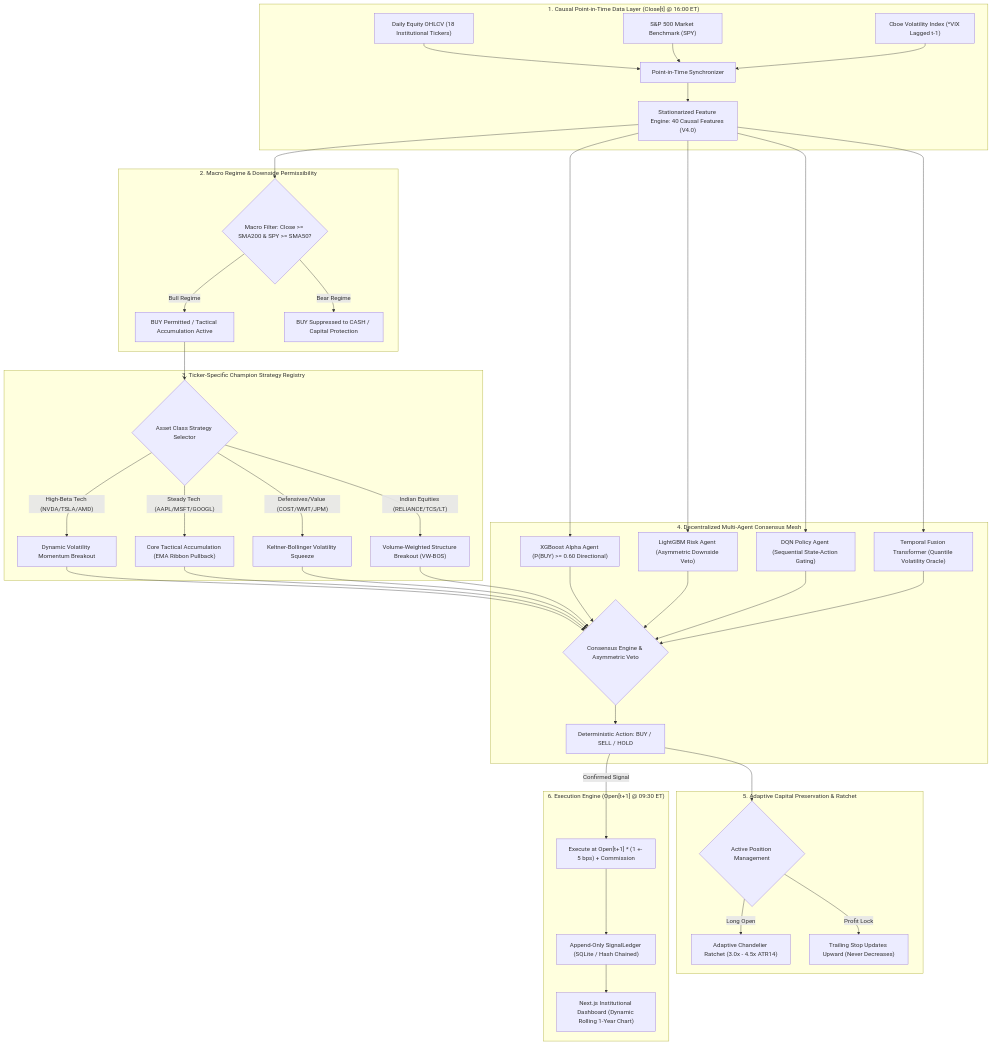
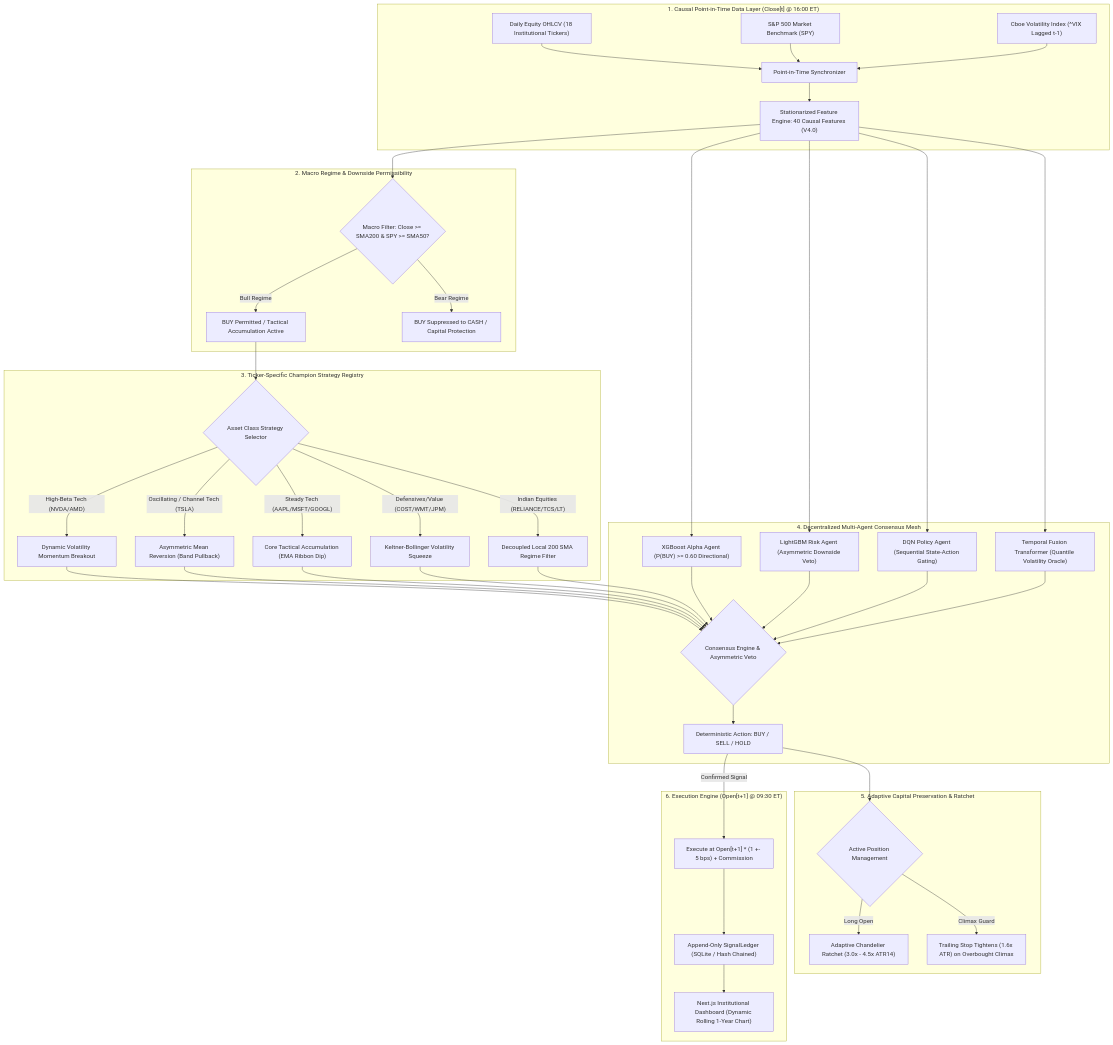
The diagram in README.md (dhruvin0041/quantitative-trading-platform), drawn with Mermaid before and after one commit. The commit also changed other lines of this file and 36 other files, not shown here.

Commit message:
Organize repository architecture, relocate historical audits into docs, promote production scripts, and update README

````diff
--- a/README.md
+++ b/README.md
@@ -30,45 +31,46 @@
 ```mermaid
 flowchart TD
     subgraph Data_Layer ["1. Causal Point-in-Time Data Layer (Close[t] @ 16:00 ET)"]
         OHLCV["Daily Equity OHLCV (18 Institutional Tickers)"] --> PIT["Point-in-Time Synchronizer"]
         SPY["S&P 500 Market Benchmark (SPY)"] --> PIT
         VIX["Cboe Volatility Index (^VIX Lagged t-1)"] --> PIT
         PIT --> FE["Stationarized Feature Engine: 40 Causal Features (V4.0)"]
     end
 
     subgraph Macro_Firewall ["2. Macro Regime & Downside Permissibility"]
         FE --> RegimeCheck{"Macro Filter: Close >= SMA200 & SPY >= SMA50?"}
         RegimeCheck -->|"Bull Regime"| BullPermit["BUY Permitted / Tactical Accumulation Active"]
         RegimeCheck -->|"Bear Regime"| BearSuppress["BUY Suppressed to CASH / Capital Protection"]
     end
 
     subgraph Strategy_Engine ["3. Ticker-Specific Champion Strategy Registry"]
         BullPermit --> StratMap{"Asset Class Strategy Selector"}
-        StratMap -->|"High-Beta Tech (NVDA/TSLA/AMD)"| Breakout["Dynamic Volatility Momentum Breakout"]
-        StratMap -->|"Steady Tech (AAPL/MSFT/GOOGL)"| CoreTac["Core Tactical Accumulation (EMA Ribbon Pullback)"]
+        StratMap -->|"High-Beta Tech (NVDA/AMD)"| Breakout["Dynamic Volatility Momentum Breakout"]
+        StratMap -->|"Oscillating / Channel Tech (TSLA)"| AsymMR["Asymmetric Mean Reversion (Band Pullback)"]
+        StratMap -->|"Steady Tech (AAPL/MSFT/GOOGL)"| CoreTac["Core Tactical Accumulation (EMA Ribbon Dip)"]
         StratMap -->|"Defensives/Value (COST/WMT/JPM)"| Squeeze["Keltner-Bollinger Volatility Squeeze"]
-        StratMap -->|"Indian Equities (RELIANCE/TCS/LT)"| StructBreak["Volume-Weighted Structure Breakout (VW-BOS)"]
+        StratMap -->|"Indian Equities (RELIANCE/TCS/LT)"| StructBreak["Decoupled Local 200 SMA Regime Filter"]
     end
 
     subgraph Model_Mesh ["4. Decentralized Multi-Agent Consensus Mesh"]
-        Breakout & CoreTac & Squeeze & StructBreak --> MeshConsensus
+        Breakout & AsymMR & CoreTac & Squeeze & StructBreak --> MeshConsensus
         FE --> XGB["XGBoost Alpha Agent (P(BUY) >= 0.60 Directional)"]
         FE --> LGBM["LightGBM Risk Agent (Asymmetric Downside Veto)"]
         FE --> DQN["DQN Policy Agent (Sequential State-Action Gating)"]
         FE --> TFT["Temporal Fusion Transformer (Quantile Volatility Oracle)"]
         XGB & LGBM & DQN & TFT --> MeshConsensus{"Consensus Engine & Asymmetric Veto"}
         MeshConsensus --> Action["Deterministic Action: BUY / SELL / HOLD"]
     end
 
     subgraph Risk_Stop ["5. Adaptive Capital Preservation & Ratchet"]
         Action --> Ratchet{"Active Position Management"}
         Ratchet -->|"Long Open"| Chandelier["Adaptive Chandelier Ratchet (3.0x - 4.5x ATR14)"]
-        Ratchet -->|"Profit Lock"| StopUpdate["Trailing Stop Updates Upward (Never Decreases)"]
+        Ratchet -->|"Climax Guard"| StopUpdate["Trailing Stop Tightens (1.6x ATR) on Overbought Climax"]
     end
 
     subgraph Deterministic_Sim ["6. Execution Engine (Open[t+1] @ 09:30 ET)"]
         Action -->|"Confirmed Signal"| Fill["Execute at Open[t+1] * (1 +- 5 bps) + Commission"]
         Fill --> Ledger["Append-Only SignalLedger (SQLite / Hash Chained)"]
         Ledger --> UI["Next.js Institutional Dashboard (Dynamic Rolling 1-Year Chart)"]
     end
 ```
````
